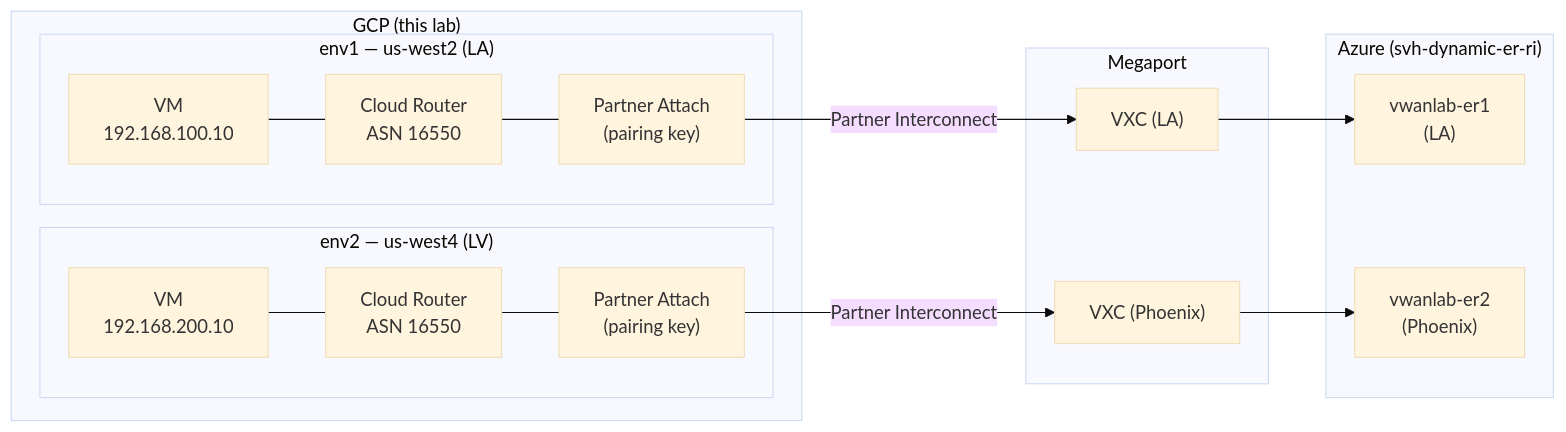
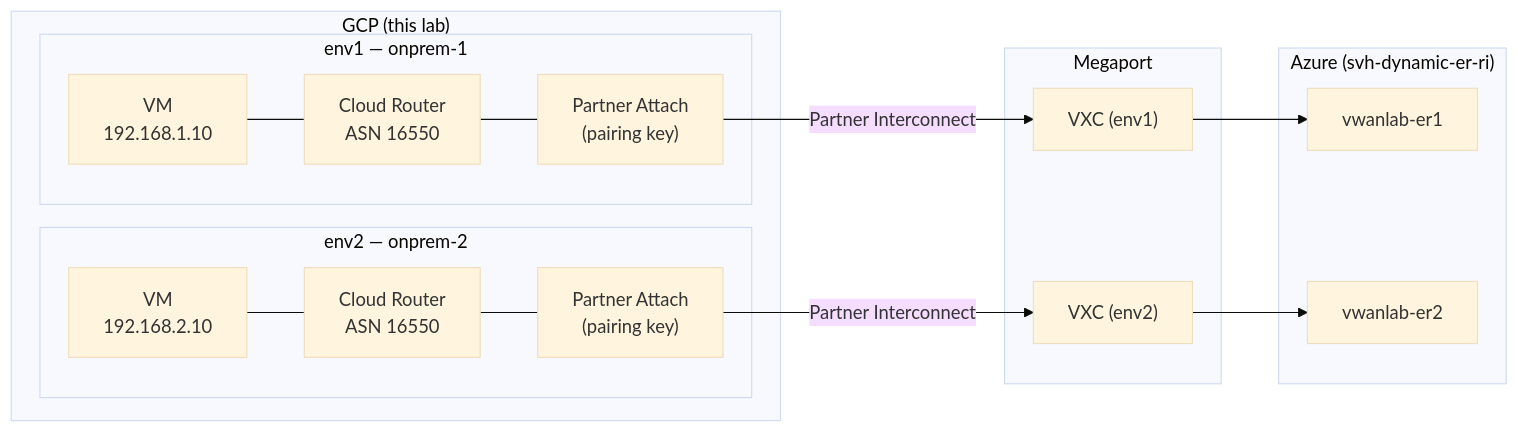
The diagram in gcp-onprem/docs/README.md (dmauser/azure-virtualwan), drawn with Mermaid (base theme) before and after one commit. The commit also changed other lines of this file and 19 other files, not shown here.

First line of the commit message:
Support shared ER and dynamic GCP environments

````diff
--- a/gcp-onprem/docs/README.md
+++ b/gcp-onprem/docs/README.md
@@ -20,32 +35,32 @@
 ```mermaid
 graph LR
   subgraph GCP["GCP (this lab)"]
-    subgraph env1["env1 — us-west2 (LA)"]
-      VM1["VM\n192.168.100.10"]
+    subgraph env1["env1 — onprem-1"]
+      VM1["VM\n192.168.1.10"]
       ROUTER1["Cloud Router\nASN 16550"]
       ATT1["Partner Attach\n(pairing key)"]
       VM1 --- ROUTER1
       ROUTER1 --- ATT1
     end
-    subgraph env2["env2 — us-west4 (LV)"]
-      VM2["VM\n192.168.200.10"]
+    subgraph env2["env2 — onprem-2"]
+      VM2["VM\n192.168.2.10"]
       ROUTER2["Cloud Router\nASN 16550"]
       ATT2["Partner Attach\n(pairing key)"]
       VM2 --- ROUTER2
       ROUTER2 --- ATT2
     end
   end
 
   subgraph Megaport
-    VXC1["VXC (LA)"]
-    VXC2["VXC (Phoenix)"]
+    VXC1["VXC (env1)"]
+    VXC2["VXC (env2)"]
   end
 
   subgraph Azure["Azure (svh-dynamic-er-ri)"]
-    ER1["vwanlab-er1\n(LA)"]
-    ER2["vwanlab-er2\n(Phoenix)"]
+    ER1["vwanlab-er1"]
+    ER2["vwanlab-er2"]
   end
 
   ATT1 -->|Partner Interconnect| VXC1 --> ER1
   ATT2 -->|Partner Interconnect| VXC2 --> ER2
 ```
````
